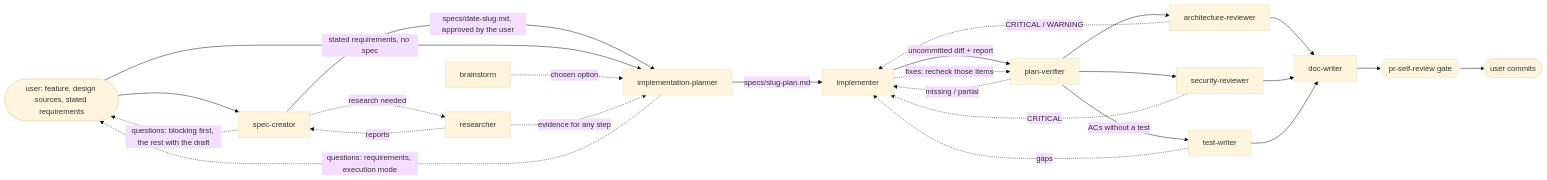
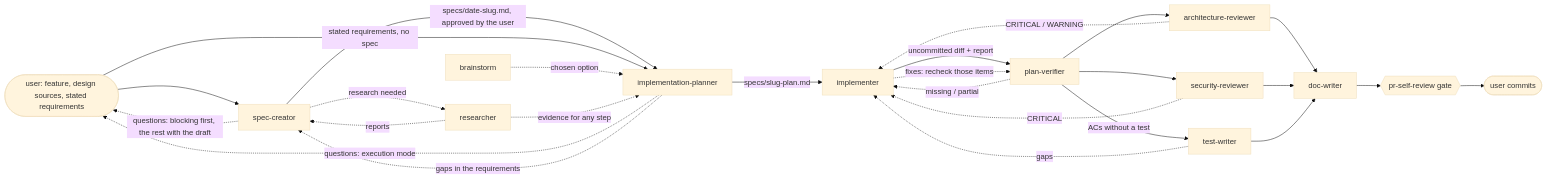
One commit to vklyovsa/dev-digest changed the diagram in .claude/agents/README.md. Above: the diagram before and after it, drawn with Mermaid (base theme). The commit also changed other lines of this file and 22 other files, not shown here.

````diff
--- a/.claude/agents/README.md
+++ b/.claude/agents/README.md
@@ -9,27 +9,28 @@
 ```mermaid
 flowchart LR
   requirements([user: feature, design sources, stated requirements]) --> speccreator[spec-creator]
   speccreator -. questions: blocking first, the rest with the draft .-> requirements
   speccreator -->|specs/date-slug.md, approved by the user| planner[implementation-planner]
   requirements -->|stated requirements, no spec| planner
-  planner -. questions: requirements, execution mode .-> requirements
+  planner -. questions: execution mode .-> requirements
+  planner -. gaps in the requirements .-> speccreator
   brainstorm -. chosen option .-> planner
   planner -->|specs/slug-plan.md| implementer
   implementer -->|uncommitted diff + report| verifier[plan-verifier]
   verifier --> arch[architecture-reviewer]
   verifier --> security[security-reviewer]
   verifier -->|ACs without a test| testwriter[test-writer]
   arch --> docwriter[doc-writer]
   security --> docwriter
   testwriter --> docwriter
   docwriter --> gate{{pr-self-review gate}}
   gate --> user([user commits])
   verifier -. missing / partial .-> implementer
   arch -. CRITICAL / WARNING .-> implementer
   security -. CRITICAL .-> implementer
   testwriter -. gaps .-> implementer
   implementer -. fixes: recheck those items .-> verifier
   researcher -. evidence for any step .-> planner
   speccreator -. research needed .-> researcher
   researcher -. reports .-> speccreator
 ```
````
